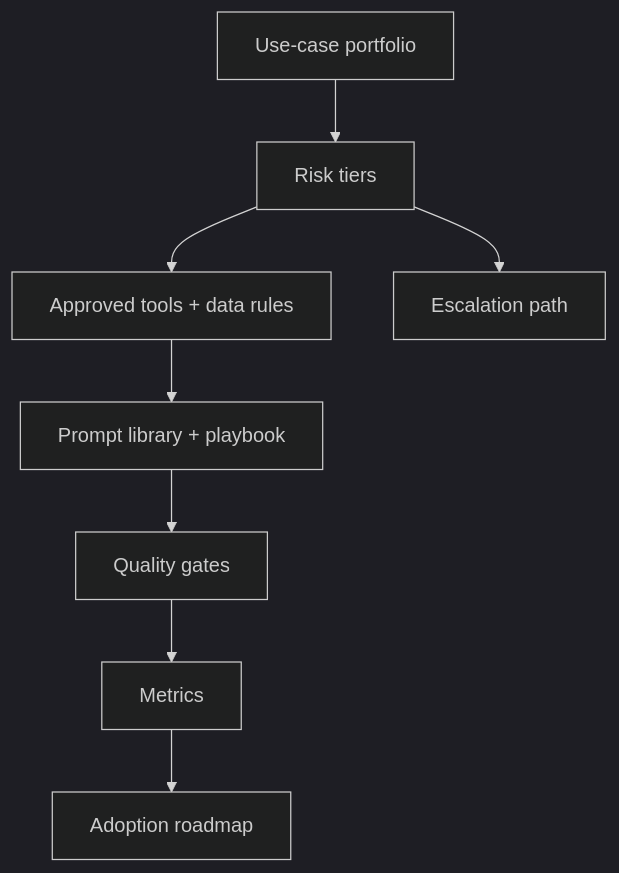
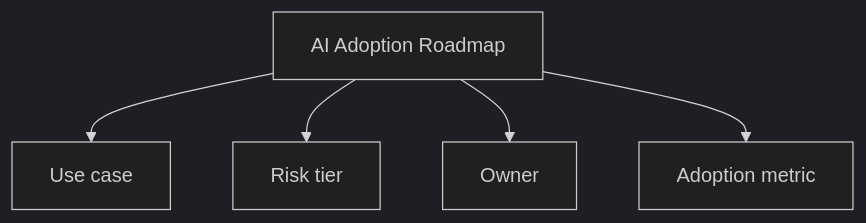
The second of 2 diagrams in docs/vi/lessons/ai-strategy-governance-and-adoption/index.md (anhtnt90dev/ai-for-ba), drawn with Mermaid (dark theme) before and after one commit. The commit also changed other lines of this file and 40 other files, not shown here.

````diff
--- a/docs/vi/lessons/ai-strategy-governance-and-adoption/index.md
+++ b/docs/vi/lessons/ai-strategy-governance-and-adoption/index.md
@@ -68,10 +173,8 @@
 ```mermaid
 flowchart TD
-    A["Use-case portfolio"] --> B["Risk tiers"]
-    B --> C["Approved tools + data rules"]
-    C --> D["Prompt library + playbook"]
-    D --> E["Quality gates"]
-    E --> F["Metrics"]
-    F --> G["Adoption roadmap"]
-    B --> H["Escalation path"]
+    A["AI Adoption Roadmap"]
+    A --> B["Use case"]
+    A --> C["Risk tier"]
+    A --> D["Owner"]
+    A --> E["Adoption metric"]
 ```
````
